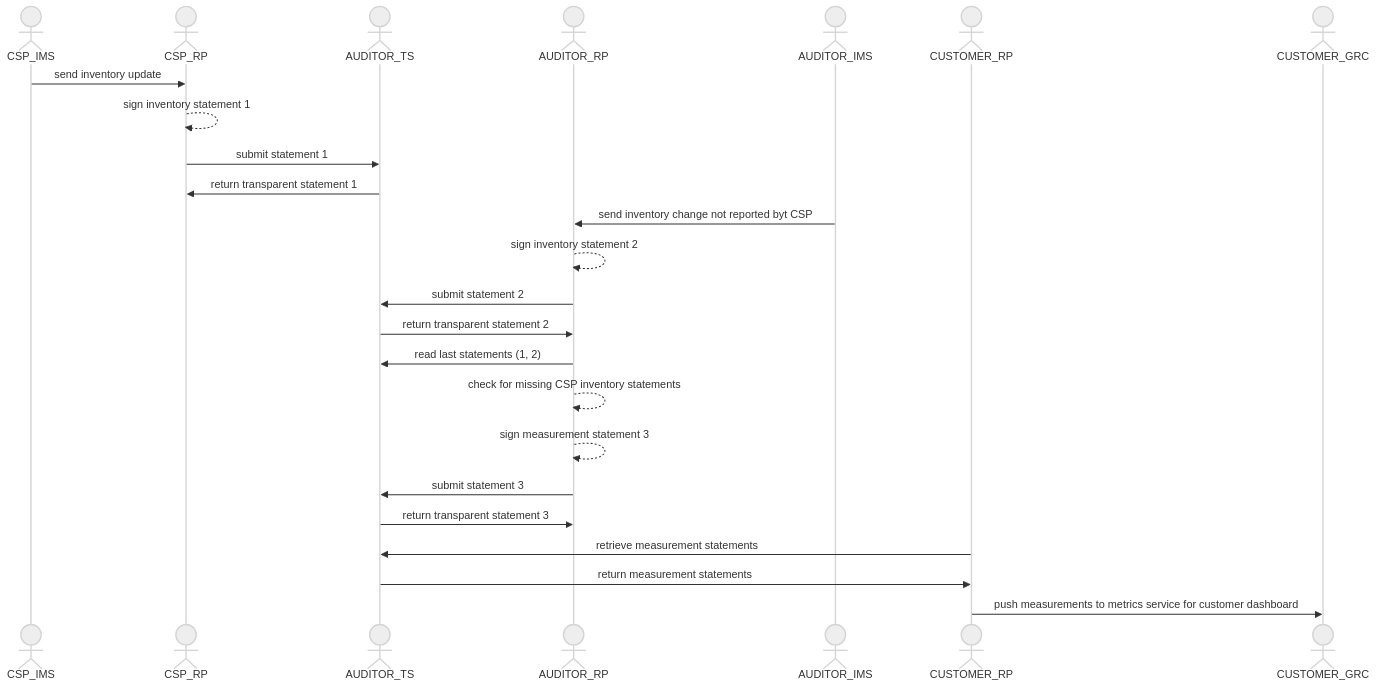
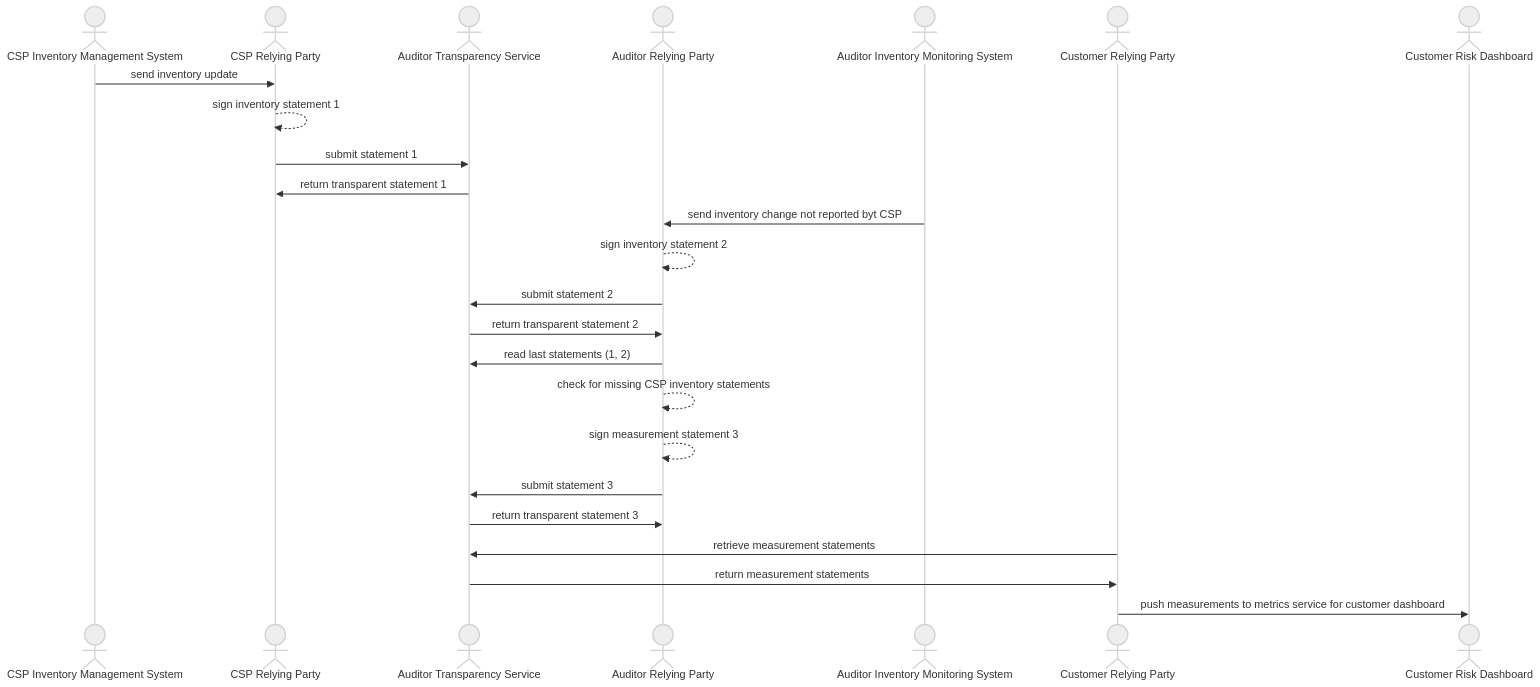
The diagram in docs/use-case_inventory.mmd (aj-stein/conmotion), drawn with Mermaid (neutral theme) before and after one commit.

Commit message:
Add better labels and steps to inventory UC dataflow

```diff
--- a/docs/use-case_inventory.mmd
+++ b/docs/use-case_inventory.mmd
@@ -1,24 +1,24 @@
-sequenceDiagram
-        actor CSP_IMS
-        actor CSP_RP
-        actor AUDITOR_TS
-        actor AUDITOR_RP
-        actor AUDITOR_IMS
-        actor CUSTOMER_RP
-        actor CUSTOMER_GRC
-        CSP_IMS->>CSP_RP: send inventory update
-        CSP_RP-->>CSP_RP: sign inventory statement 1
-        CSP_RP->>AUDITOR_TS: submit statement 1
-        AUDITOR_TS->>CSP_RP: return transparent statement 1
-        AUDITOR_IMS->>AUDITOR_RP: send inventory change not reported byt CSP
-        AUDITOR_RP-->>AUDITOR_RP: sign inventory statement 2
-        AUDITOR_RP->>AUDITOR_TS: submit statement 2
-        AUDITOR_TS->>AUDITOR_RP: return transparent statement 2
-        AUDITOR_RP->>AUDITOR_TS: read last statements (1, 2)
-        AUDITOR_RP-->>AUDITOR_RP: check for missing CSP inventory statements
-        AUDITOR_RP-->>AUDITOR_RP: sign measurement statement 3
-        AUDITOR_RP->>AUDITOR_TS: submit statement 3
-        AUDITOR_TS->>AUDITOR_RP: return transparent statement 3
-        CUSTOMER_RP->>AUDITOR_TS: retrieve measurement statements
-        AUDITOR_TS->>CUSTOMER_RP: return measurement statements
-        CUSTOMER_RP->>CUSTOMER_GRC: push measurements to metrics service for customer dashboard 
+  sequenceDiagram
+          actor CSP_IMS as CSP Inventory Management System
+          actor CSP_RP as CSP Relying Party
+          actor AUDITOR_TS as Auditor Transparency Service
+          actor AUDITOR_RP as Auditor Relying Party
+          actor AUDITOR_IMS as Auditor Inventory Monitoring System
+          actor CUSTOMER_RP as Customer Relying Party
+          actor CUSTOMER_GRC as Customer Risk Dashboard
+          CSP_IMS->>CSP_RP: send inventory update
+          CSP_RP-->>CSP_RP: sign inventory statement 1
+          CSP_RP->>AUDITOR_TS: submit statement 1
+          AUDITOR_TS->>CSP_RP: return transparent statement 1
+          AUDITOR_IMS->>AUDITOR_RP: send inventory change not reported byt CSP
+          AUDITOR_RP-->>AUDITOR_RP: sign inventory statement 2
+          AUDITOR_RP->>AUDITOR_TS: submit statement 2
+          AUDITOR_TS->>AUDITOR_RP: return transparent statement 2
+          AUDITOR_RP->>AUDITOR_TS: read last statements (1, 2)
+          AUDITOR_RP-->>AUDITOR_RP: check for missing CSP inventory statements
+          AUDITOR_RP-->>AUDITOR_RP: sign measurement statement 3
+          AUDITOR_RP->>AUDITOR_TS: submit statement 3
+          AUDITOR_TS->>AUDITOR_RP: return transparent statement 3
+          CUSTOMER_RP->>AUDITOR_TS: retrieve measurement statements
+          AUDITOR_TS->>CUSTOMER_RP: return measurement statements
+          CUSTOMER_RP->>CUSTOMER_GRC: push measurements to metrics service for customer dashboard 
```
